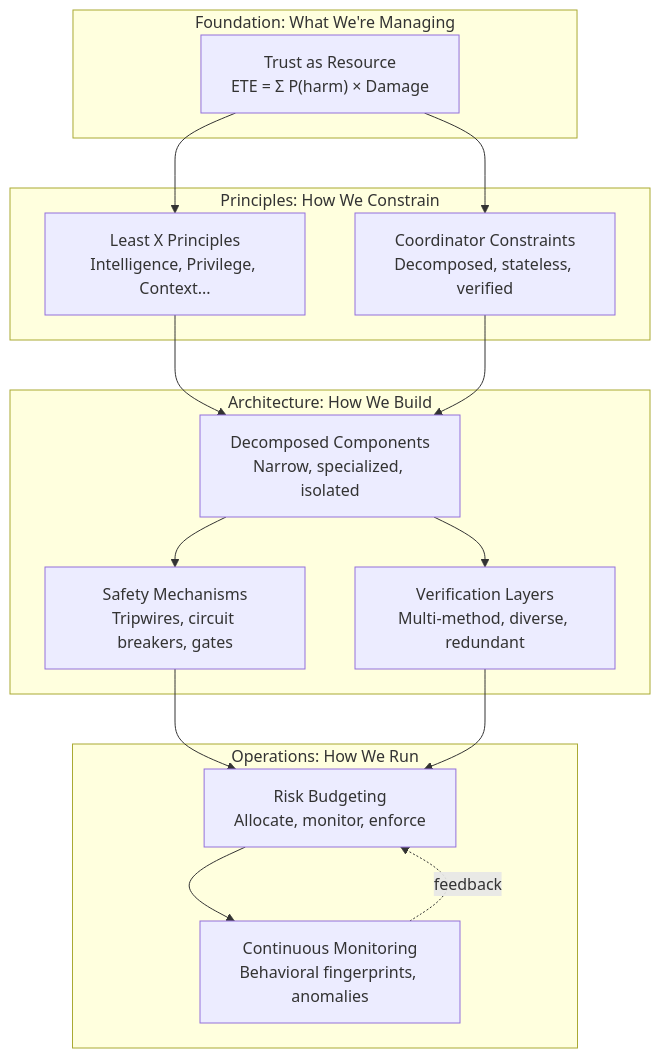
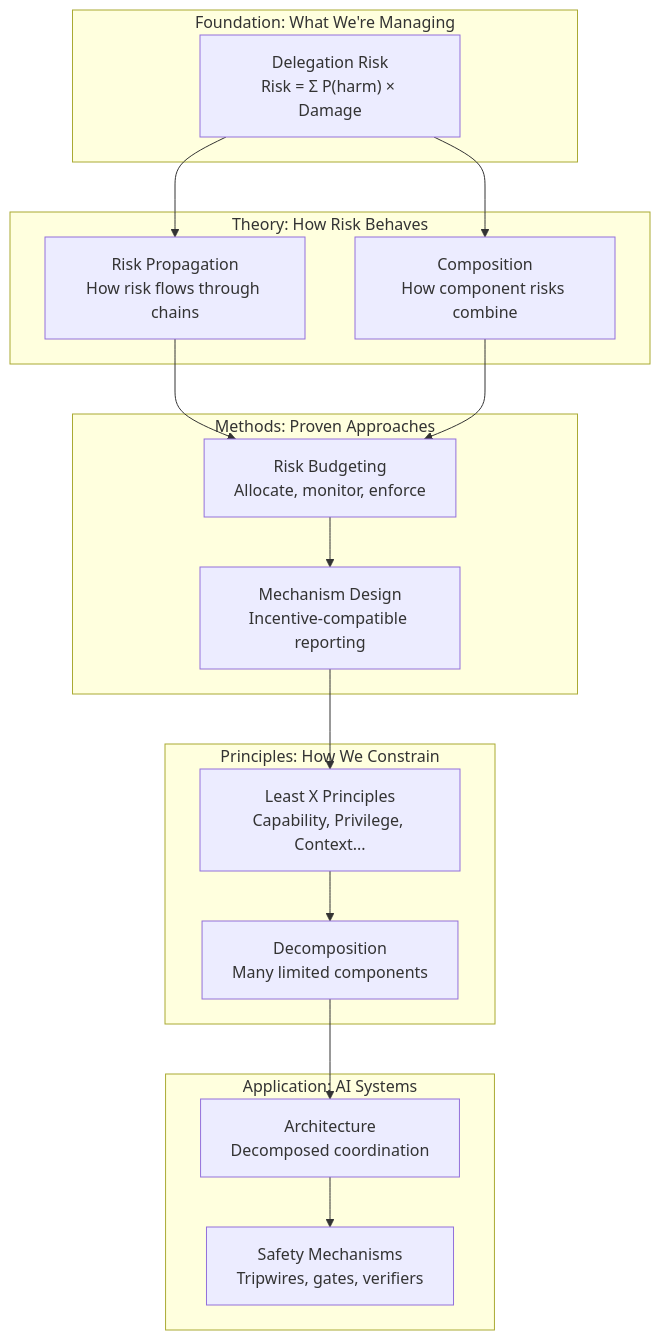
The first of 5 diagrams in src/content/docs/overview/core-concepts.md (quantified-uncertainty/delegation-risk-framework), drawn with Mermaid before and after one commit. The commit also changed other lines of this file and 58 other files, not shown here.

````diff
--- a/src/content/docs/overview/core-concepts.md
+++ b/src/content/docs/overview/core-concepts.md
@@ -13,33 +13,36 @@
 ```mermaid
 flowchart TB
     subgraph Foundation["Foundation: What We're Managing"]
-        TRUST["Trust as Resource<br/>ETE = Σ P(harm) × Damage"]
+        RISK["Delegation Risk<br/>Risk = Σ P(harm) × Damage"]
+    end
+
+    subgraph Theory["Theory: How Risk Behaves"]
+        PROP["Risk Propagation<br/>How risk flows through chains"]
+        COMP["Composition<br/>How component risks combine"]
+    end
+
+    subgraph Methods["Methods: Proven Approaches"]
+        BUDGET["Risk Budgeting<br/>Allocate, monitor, enforce"]
+        MECH["Mechanism Design<br/>Incentive-compatible reporting"]
     end
 
     subgraph Principles["Principles: How We Constrain"]
-        LEASTX["Least X Principles<br/>Intelligence, Privilege, Context..."]
-        COORD["Coordinator Constraints<br/>Decomposed, stateless, verified"]
+        LEASTX["Least X Principles<br/>Capability, Privilege, Context..."]
+        DECOMP["Decomposition<br/>Many limited components"]
     end
 
-    subgraph Architecture["Architecture: How We Build"]
-        DECOMP["Decomposed Components<br/>Narrow, specialized, isolated"]
-        SAFETY["Safety Mechanisms<br/>Tripwires, circuit breakers, gates"]
-        VERIFY["Verification Layers<br/>Multi-method, diverse, redundant"]
+    subgraph Application["Application: AI Systems"]
+        ARCH["Architecture<br/>Decomposed coordination"]
+        SAFETY["Safety Mechanisms<br/>Tripwires, gates, verifiers"]
     end
 
-    subgraph Operations["Operations: How We Run"]
-        BUDGET["Risk Budgeting<br/>Allocate, monitor, enforce"]
-        MONITOR["Continuous Monitoring<br/>Behavioral fingerprints, anomalies"]
-    end
-
-    TRUST --> LEASTX
-    TRUST --> COORD
+    RISK --> PROP
+    RISK --> COMP
+    PROP --> BUDGET
+    COMP --> BUDGET
+    BUDGET --> MECH
+    MECH --> LEASTX
     LEASTX --> DECOMP
-    COORD --> DECOMP
-    DECOMP --> SAFETY
-    DECOMP --> VERIFY
-    SAFETY --> BUDGET
-    VERIFY --> BUDGET
-    BUDGET --> MONITOR
-    MONITOR -.->|feedback| BUDGET
+    DECOMP --> ARCH
+    ARCH --> SAFETY
 ```
````
